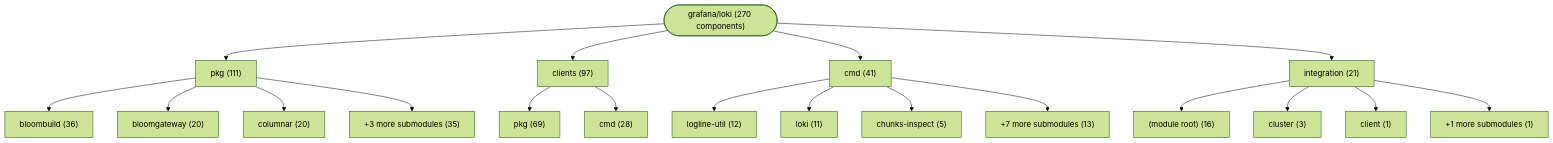
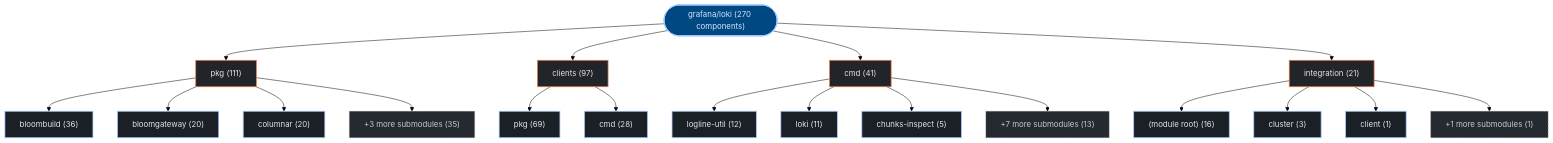
One commit to kumarshaz/atruss-code-atlas changed the first of 3 diagrams in exports/latest/reports/grafana-loki-report.md. Above: the diagram before and after it, drawn with Mermaid (forest theme). The commit also changed other lines of this file and 331 other files, not shown here.

Commit message:
docs,ui,fix: update SDLC docs, reorder CI/CD DAG first, stylize Mermaid, and fix Arc42 pipeline topology

````diff
--- a/exports/latest/reports/grafana-loki-report.md
+++ b/exports/latest/reports/grafana-loki-report.md
@@ -42,40 +42,47 @@
 ```mermaid
 graph TD;
-    repo_root(["grafana/loki (270 components)"])
-    dir_0_pkg["pkg (111)"]
+  classDef atlasRoot fill:#004882,stroke:#a3c9ff,stroke-width:2px,color:#d3e4ff
+  classDef atlasCategory fill:#212428,stroke:#E87A48,stroke-width:1.5px,color:#dfe3eb
+  classDef atlasWorkflow fill:#1b2026,stroke:#a3c9ff,stroke-width:1.5px,color:#dfe3eb
+  classDef atlasJob fill:#171c22,stroke:#8d9199,stroke-width:1px,color:#dfe3eb
+  classDef atlasTarget fill:#005227,stroke:#8bd99b,stroke-width:1.5px,color:#a7f6b6
+  classDef atlasAlert fill:#93000a,stroke:#ffb4ab,stroke-width:1.5px,color:#ffdad6
+  classDef atlasMore fill:#252a31,stroke:#8d9199,stroke-dasharray:4 4,color:#c3c6cf
+    repo_root(["grafana/loki (270 components)"]):::atlasRoot
+    dir_0_pkg["pkg (111)"]:::atlasCategory
     repo_root --> dir_0_pkg
-    sub_0_0_bloombuild["bloombuild (36)"]
+    sub_0_0_bloombuild["bloombuild (36)"]:::atlasWorkflow
     dir_0_pkg --> sub_0_0_bloombuild
-    sub_0_1_bloomgateway["bloomgateway (20)"]
+    sub_0_1_bloomgateway["bloomgateway (20)"]:::atlasWorkflow
     dir_0_pkg --> sub_0_1_bloomgateway
-    sub_0_2_columnar["columnar (20)"]
+    sub_0_2_columnar["columnar (20)"]:::atlasWorkflow
     dir_0_pkg --> sub_0_2_columnar
-    sub_0_more["+3 more submodules (35)"]
+    sub_0_more["+3 more submodules (35)"]:::atlasMore
     dir_0_pkg --> sub_0_more
-    dir_1_clients["clients (97)"]
+    dir_1_clients["clients (97)"]:::atlasCategory
     repo_root --> dir_1_clients
-    sub_1_0_pkg["pkg (69)"]
+    sub_1_0_pkg["pkg (69)"]:::atlasWorkflow
     dir_1_clients --> sub_1_0_pkg
-    sub_1_1_cmd["cmd (28)"]
+    sub_1_1_cmd["cmd (28)"]:::atlasWorkflow
     dir_1_clients --> sub_1_1_cmd
-    dir_2_cmd["cmd (41)"]
+    dir_2_cmd["cmd (41)"]:::atlasCategory
     repo_root --> dir_2_cmd
-    sub_2_0_logline_util["logline-util (12)"]
+    sub_2_0_logline_util["logline-util (12)"]:::atlasWorkflow
     dir_2_cmd --> sub_2_0_logline_util
-    sub_2_1_loki["loki (11)"]
+    sub_2_1_loki["loki (11)"]:::atlasWorkflow
     dir_2_cmd --> sub_2_1_loki
-    sub_2_2_chunks_inspect["chunks-inspect (5)"]
+    sub_2_2_chunks_inspect["chunks-inspect (5)"]:::atlasWorkflow
     dir_2_cmd --> sub_2_2_chunks_inspect
-    sub_2_more["+7 more submodules (13)"]
+    sub_2_more["+7 more submodules (13)"]:::atlasMore
     dir_2_cmd --> sub_2_more
-    dir_3_integration["integration (21)"]
+    dir_3_integration["integration (21)"]:::atlasCategory
     repo_root --> dir_3_integration
-    sub_3_0__module_root_["(module root) (16)"]
+    sub_3_0__module_root_["(module root) (16)"]:::atlasWorkflow
     dir_3_integration --> sub_3_0__module_root_
-    sub_3_1_cluster["cluster (3)"]
+    sub_3_1_cluster["cluster (3)"]:::atlasWorkflow
     dir_3_integration --> sub_3_1_cluster
-    sub_3_2_client["client (1)"]
+    sub_3_2_client["client (1)"]:::atlasWorkflow
     dir_3_integration --> sub_3_2_client
-    sub_3_more["+1 more submodules (1)"]
+    sub_3_more["+1 more submodules (1)"]:::atlasMore
     dir_3_integration --> sub_3_more
 ```
````
